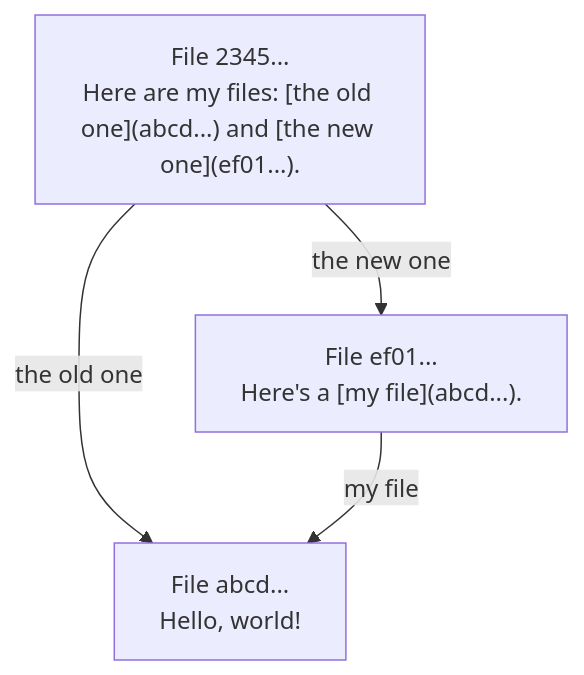
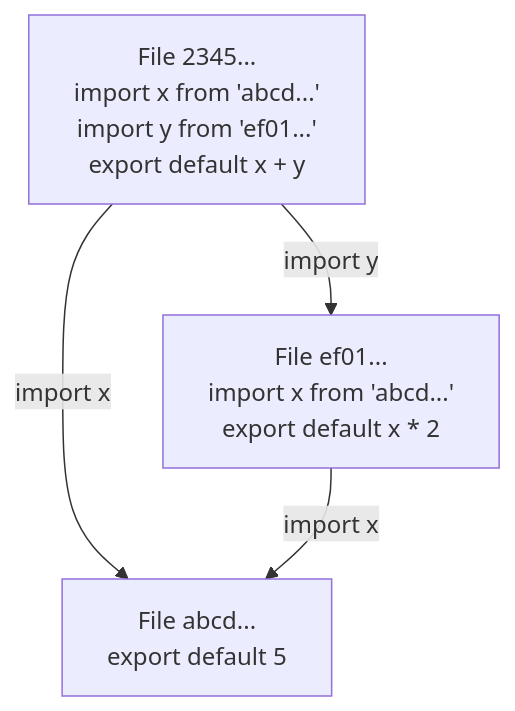
The diagram in todo/sergey/disot.md (functionalscript/functionalscript), drawn with Mermaid before and after one commit. The commit also changed other lines of this file and 1 other file, not shown here.

````diff
--- a/todo/sergey/disot.md
+++ b/todo/sergey/disot.md
@@ -33,10 +36,18 @@
 ```mermaid
 flowchart TD
-    C["File 2345...<br/>Here are my files: [the old one](abcd...) and [the new one](ef01...)."]
-    B["File ef01...<br/>Here's a [my file](abcd...)."]
-    A["File abcd...<br/>Hello, world!"]
+    C["File 2345...
+    import x from 'abcd...'
+    import y from 'ef01...'
+    export default x + y"]
 
-    C -->|"the old one"| A
-    C -->|"the new one"| B
-    B -->|"my file"| A
+    B["File ef01...
+    import x from 'abcd...'
+    export default x * 2"]
+
+    A["File abcd...
+    export default 5"]
+
+    C -->|"import x"| A
+    C -->|"import y"| B
+    B -->|"import x"| A
 ```
````
